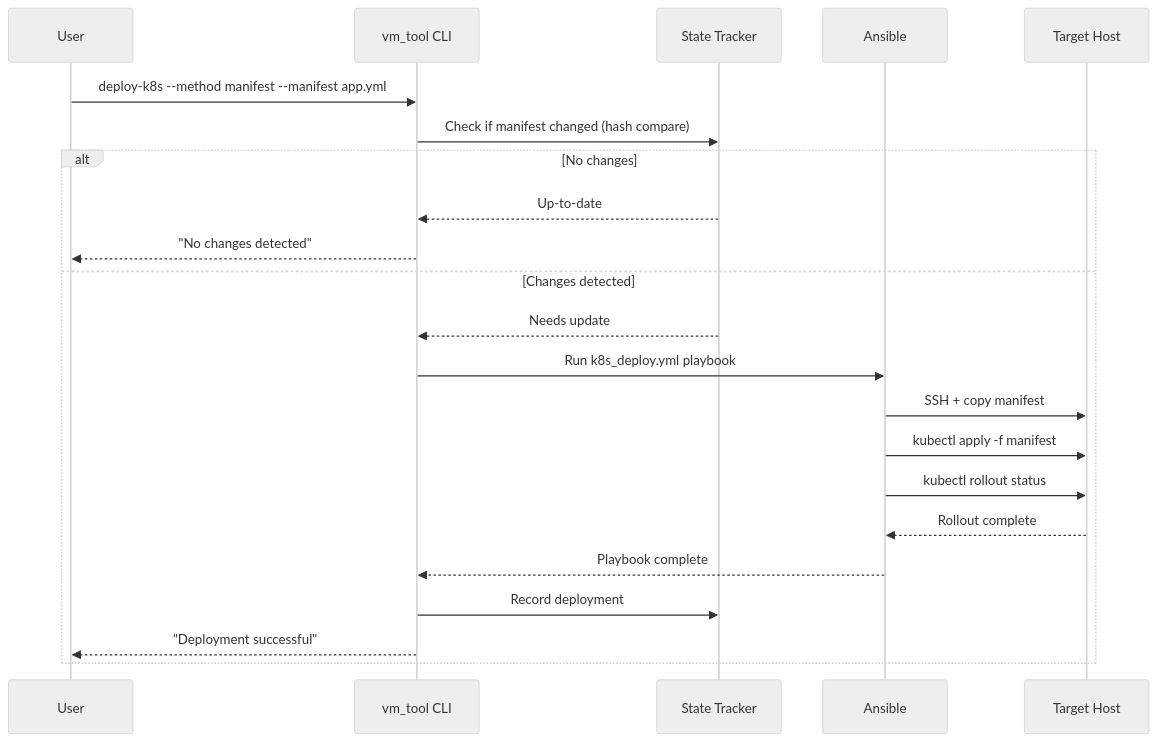
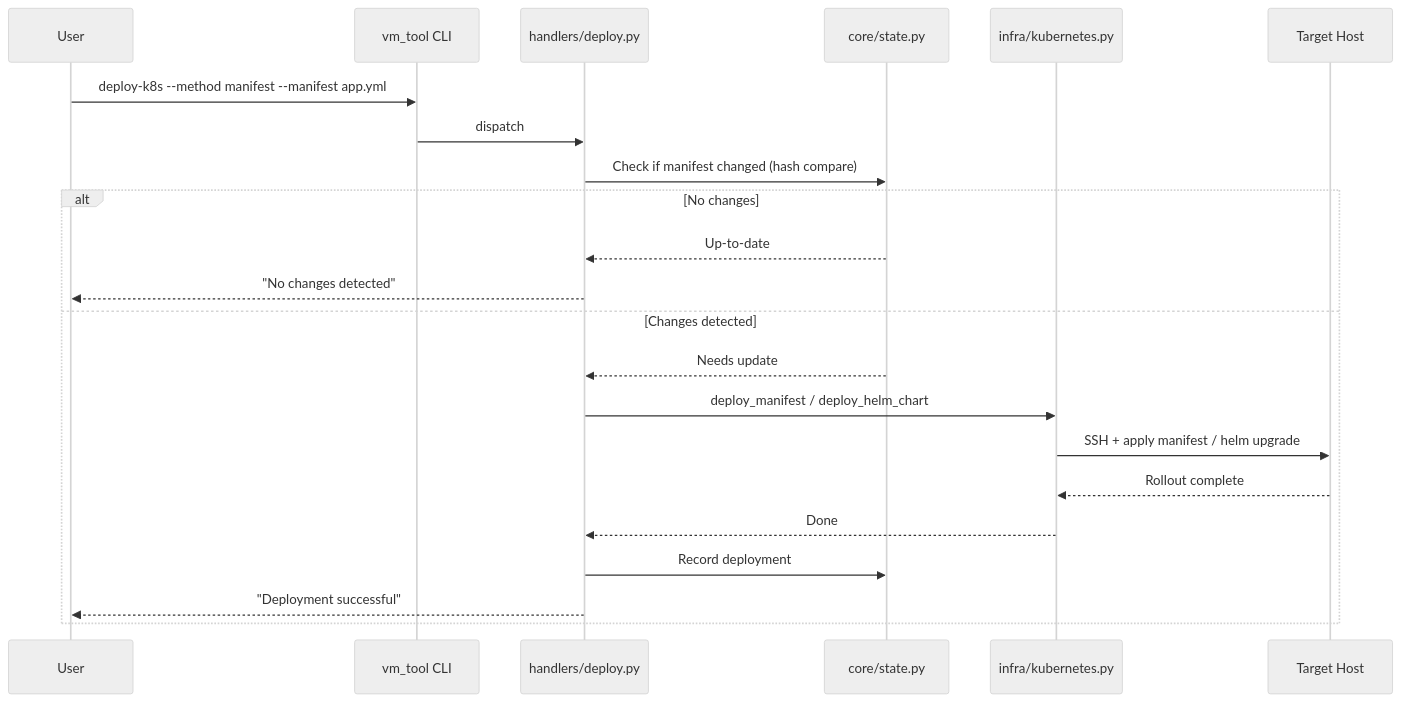
The third of 3 diagrams in docs/reference/architecture.md (thesunnysinha/vm_tool), drawn with Mermaid (neutral theme) before and after one commit. The commit also changed other lines of this file and 106 other files, not shown here.

````diff
--- a/docs/reference/architecture.md
+++ b/docs/reference/architecture.md
@@ -68,25 +92,25 @@
 ```mermaid
 sequenceDiagram
     participant U as User
     participant CLI as vm_tool CLI
-    participant S as State Tracker
-    participant A as Ansible
+    participant H as handlers/deploy.py
+    participant S as core/state.py
+    participant K as infra/kubernetes.py
     participant Host as Target Host
 
     U->>CLI: deploy-k8s --method manifest --manifest app.yml
-    CLI->>S: Check if manifest changed (hash compare)
+    CLI->>H: dispatch
+    H->>S: Check if manifest changed (hash compare)
     alt No changes
-        S-->>CLI: Up-to-date
-        CLI-->>U: "No changes detected"
+        S-->>H: Up-to-date
+        H-->>U: "No changes detected"
     else Changes detected
-        S-->>CLI: Needs update
-        CLI->>A: Run k8s_deploy.yml playbook
-        A->>Host: SSH + copy manifest
-        A->>Host: kubectl apply -f manifest
-        A->>Host: kubectl rollout status
-        Host-->>A: Rollout complete
-        A-->>CLI: Playbook complete
-        CLI->>S: Record deployment
-        CLI-->>U: "Deployment successful"
+        S-->>H: Needs update
+        H->>K: deploy_manifest / deploy_helm_chart
+        K->>Host: SSH + apply manifest / helm upgrade
+        Host-->>K: Rollout complete
+        K-->>H: Done
+        H->>S: Record deployment
+        H-->>U: "Deployment successful"
     end
 ```
````
